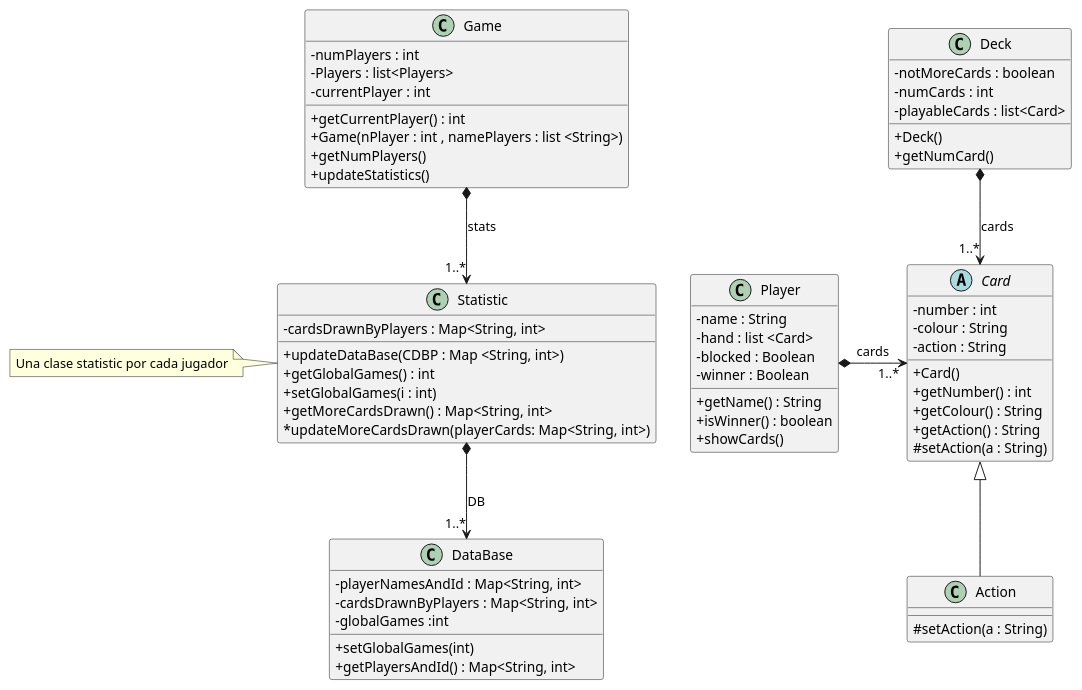
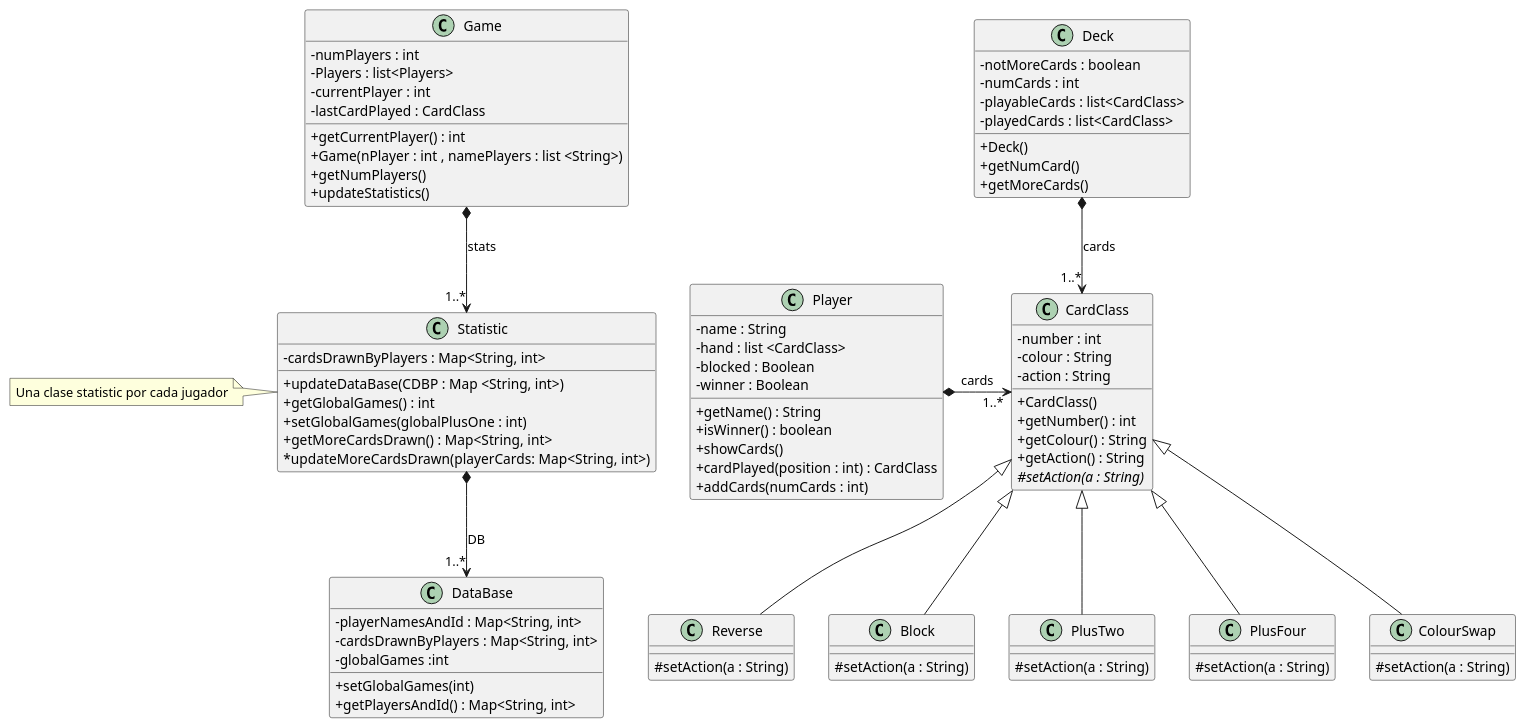
One commit to TheRospetit/TQSito changed the diagram in Diagrams/class.puml. Above: the diagram before and after it, drawn with PlantUML. The commit also changed 2 other files, not shown here.

Commit message:
ClassDiagram Updated

```diff
--- a/Diagrams/class.puml
+++ b/Diagrams/class.puml
@@ -1,83 +1,105 @@
 @startuml
 
 skinparam classAttributeIconSize 0
 
 
 
 class Player {
 'Nombre que solo tendrá una persona, nadie más puede tener el mismo nombre
 - name : String
 '- id : int
-- hand : list <Card>
+- hand : list <CardClass>
 - blocked : Boolean
 - winner : Boolean
 
 + getName() : String
 '+ getInt() : int
 + isWinner() : boolean
 + showCards()
-
++ cardPlayed(position : int) : CardClass
++ addCards(numCards : int)
 }
 
-Abstract Card{
+class CardClass{
 - number : int
 - colour : String
 - action : String
-+ Card()
++ CardClass()
 + getNumber() : int
 + getColour() : String
 + getAction() : String
+# {abstract} setAction(a : String)
+}
+
+class Reverse extends CardClass{
 # setAction(a : String)
 }
 
-class Action extends Card{
+class Block extends CardClass{
 # setAction(a : String)
 }
+
+class PlusTwo extends CardClass{
+# setAction(a : String)
+}
+
+class PlusFour extends CardClass{
+# setAction(a : String)
+}
+
+class ColourSwap extends CardClass{
+# setAction(a : String)
+}
+
 
 class Statistic{
 - cardsDrawnByPlayers : Map<String, int> /'Map donde almacenamos las cartas que ha robado cada jugador con su nombre y el número de cartas'/
 
 + updateDataBase(CDBP : Map <String, int>) /'Actualiza la base de datos pasando el player y el número de cartas que ha robado'/
 + getGlobalGames() : int
-+ setGlobalGames(i : int)
++ setGlobalGames(globalPlusOne : int)
 + getMoreCardsDrawn() : Map<String, int>
 * updateMoreCardsDrawn(playerCards: Map<String, int>)
 }
 
 'Los nombres no se pueden repetir entre ellos, así tenemos un solo ID asignado a un nombre'
 class DataBase{
 - playerNamesAndId : Map<String, int> /'lista de jugadores con sus respectivos id'/
 - cardsDrawnByPlayers : Map<String, int>
 - globalGames :int
 
 + setGlobalGames(int)
 + getPlayersAndId() : Map<String, int> /'te devuelve la lista de jugadores con sus respectivos id'/
 }
 
 class Deck{
--notMoreCards : boolean
--numCards : int
--playableCards : list<Card>
+- notMoreCards : boolean
+- numCards : int
+- playableCards : list<CardClass>
+- playedCards : list<CardClass>
+
 + Deck()
 + getNumCard()
++ getMoreCards() /'Shuffle the cards of the played list and add them to the playableCards'/
 }
 
 class Game{
 - numPlayers : int
 - Players : list<Players>
 - currentPlayer : int
+- lastCardPlayed : CardClass
 
 + getCurrentPlayer() : int
 + Game(nPlayer : int , namePlayers : list <String>)
 + getNumPlayers()
 + updateStatistics()
 }
 
 class Statistic
 note left: Una clase statistic por cada jugador
 
-Deck *-down-> "1..*" Card : cards
-Player *-> "1..*" Card : cards
+Deck *-down-> "1..*" CardClass : cards
+Player *-> "1..*" CardClass : cards
 Game *-down-> "1..*" Statistic : stats
 Statistic *-down-> "1..*" DataBase : DB
 @enduml
```
